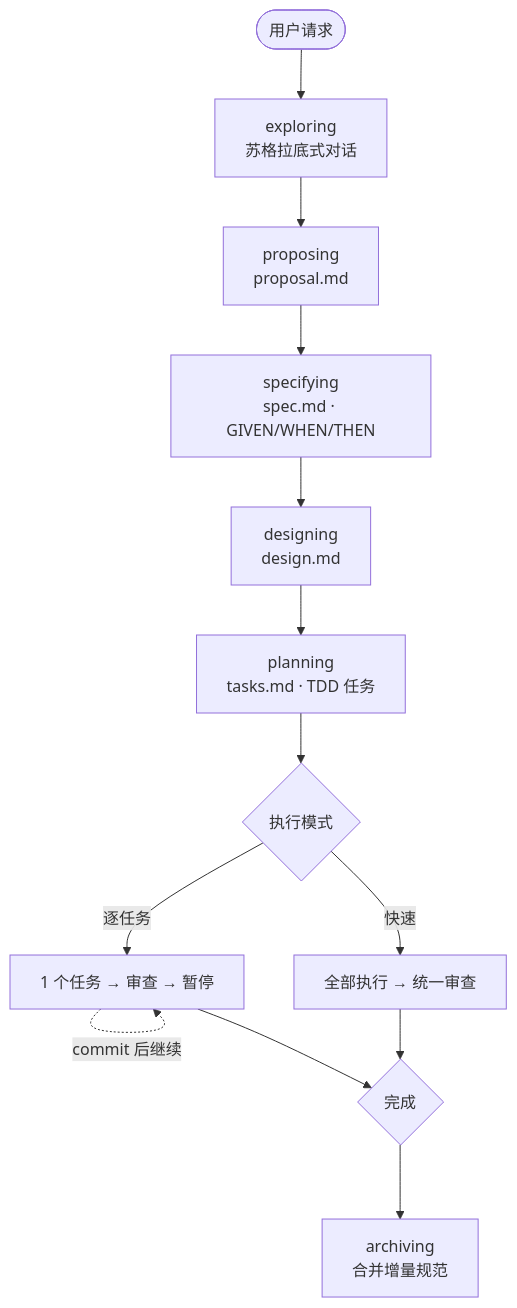
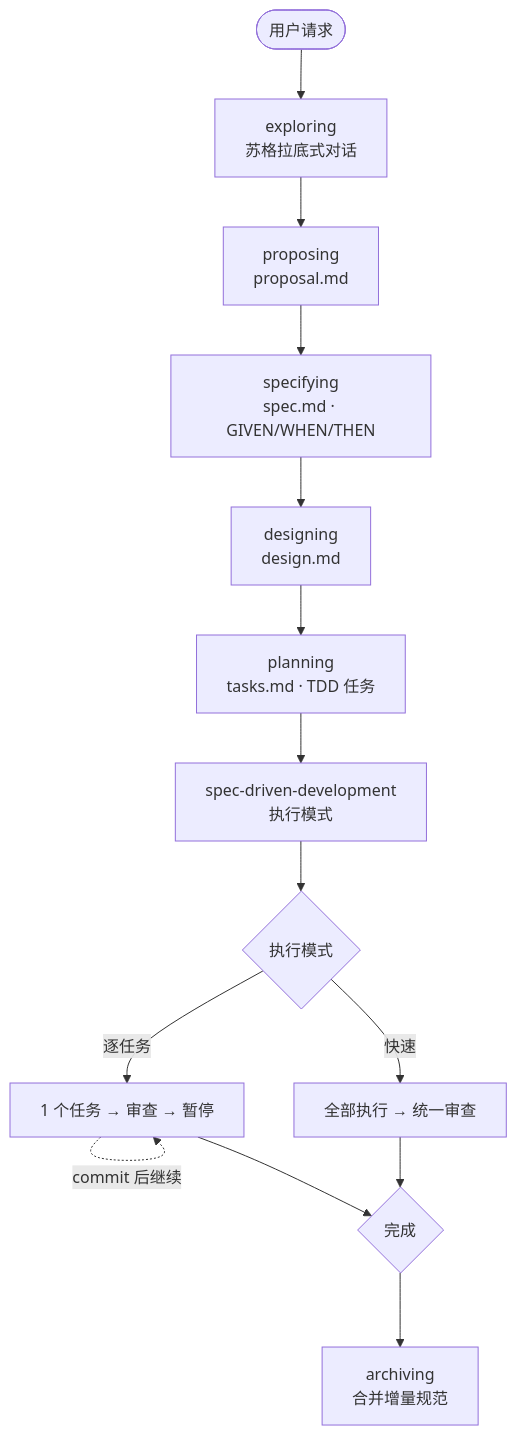
The diagram in README.zh-CN.md (NSObjects/specpowers), drawn with Mermaid before and after one commit. The commit also changed other lines of this file and 47 other files, not shown here.

````diff
--- a/README.zh-CN.md
+++ b/README.zh-CN.md
@@ -40,15 +42,16 @@
 ```mermaid
 flowchart TD
     Start([用户请求]) --> Exploring[exploring<br/>苏格拉底式对话]
     Exploring --> Proposing[proposing<br/>proposal.md]
     Proposing --> Specifying[specifying<br/>spec.md · GIVEN/WHEN/THEN]
     Specifying --> Designing[designing<br/>design.md]
     Designing --> Planning[planning<br/>tasks.md · TDD 任务]
-    Planning --> Choice{执行模式}
+    Planning --> Execution[spec-driven-development<br/>执行模式]
+    Execution --> Choice{执行模式}
     Choice -->|逐任务| Step[1 个任务 → 审查 → 暂停]
     Choice -->|快速| Fast[全部执行 → 统一审查]
     Step -.->|commit 后继续| Step
     Step --> Done
     Fast --> Done
     Done{完成} --> Archiving[archiving<br/>合并增量规范]
 ```
````
